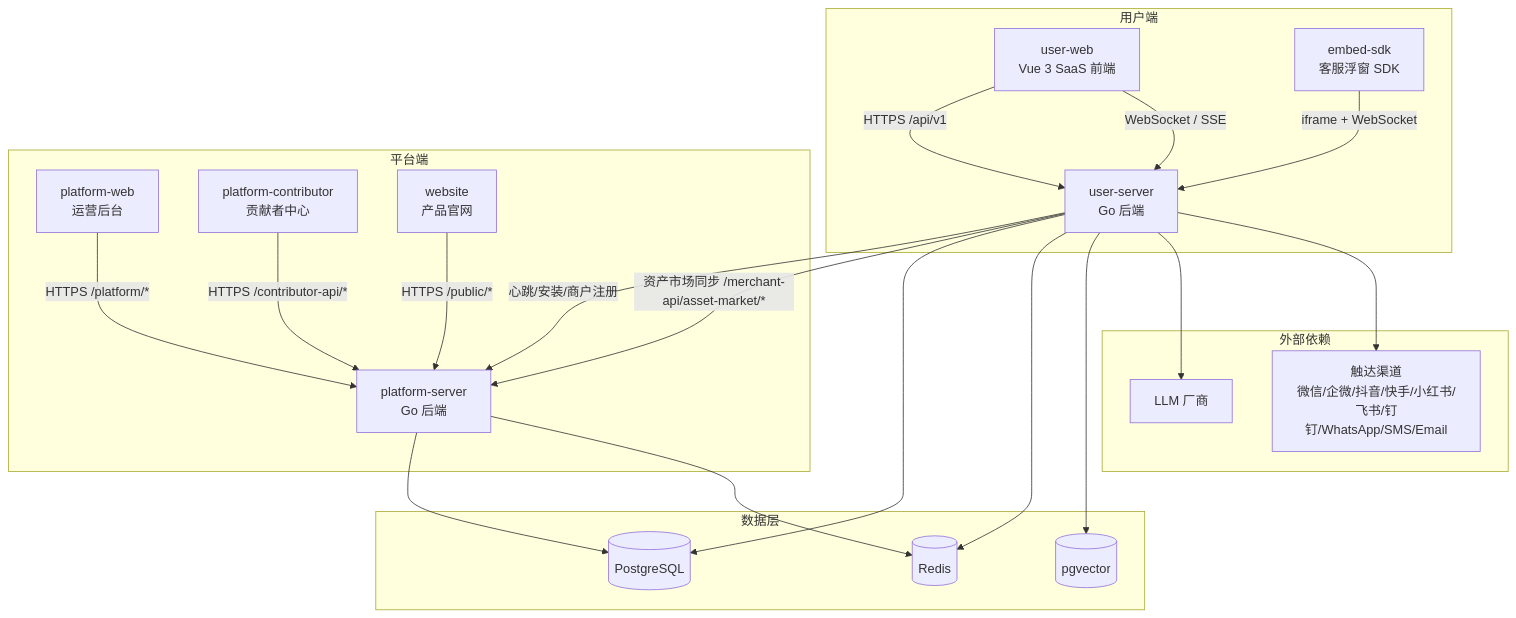
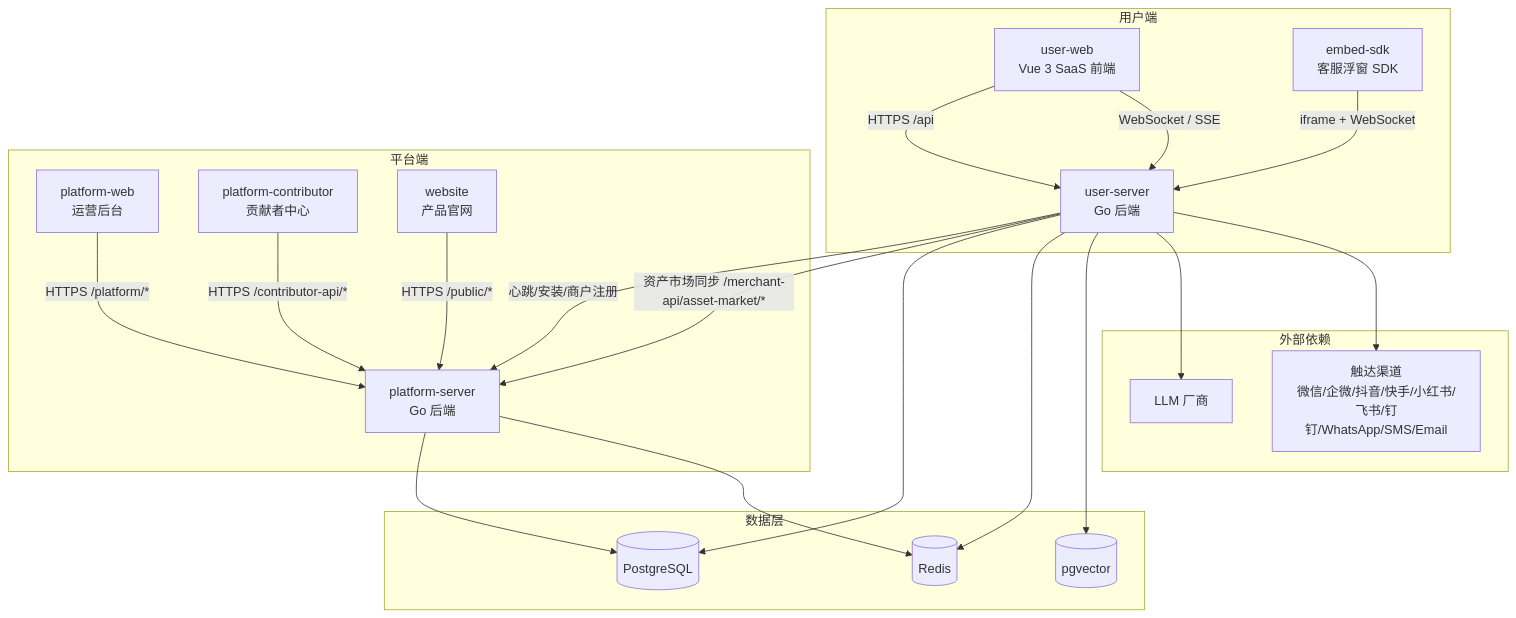
One commit to hivemtkbot/hivemtk changed the diagram in DEV_DOCS_INDEX.md. Above: the diagram before and after it, drawn with Mermaid. The commit also changed other lines of this file and 5 other files, not shown here.

````diff
--- a/DEV_DOCS_INDEX.md
+++ b/DEV_DOCS_INDEX.md
@@ -127,43 +129,43 @@
 ```mermaid
 graph TB
     subgraph 用户端
         UW[user-web<br/>Vue 3 SaaS 前端]
         US[user-server<br/>Go 后端]
         ESDK[embed-sdk<br/>客服浮窗 SDK]
     end
 
     subgraph 平台端
         PW[platform-web<br/>运营后台]
         PS[platform-server<br/>Go 后端]
         PC[platform-contributor<br/>贡献者中心]
         WS[website<br/>产品官网]
     end
 
     subgraph 数据层
         PG[(PostgreSQL)]
         RD[(Redis)]
         PV[(pgvector)]
     end
 
     subgraph 外部依赖
         LLM[LLM 厂商]
         CH[触达渠道<br/>微信/企微/抖音/快手/小红书/飞书/钉钉/WhatsApp/SMS/Email]
     end
 
-    UW -->|HTTPS /api/v1| US
+    UW -->|HTTPS /api| US
     UW -->|WebSocket / SSE| US
     ESDK -->|iframe + WebSocket| US
     PW -->|HTTPS /platform/*| PS
     PC -->|HTTPS /contributor-api/*| PS
     WS -->|HTTPS /public/*| PS
 
     US -->|心跳/安装/商户注册| PS
     US -->|资产市场同步 /merchant-api/asset-market/*| PS
     US --> PG
     US --> RD
     US --> PV
     US --> LLM
     US --> CH
     PS --> PG
     PS --> RD
 ```
````
